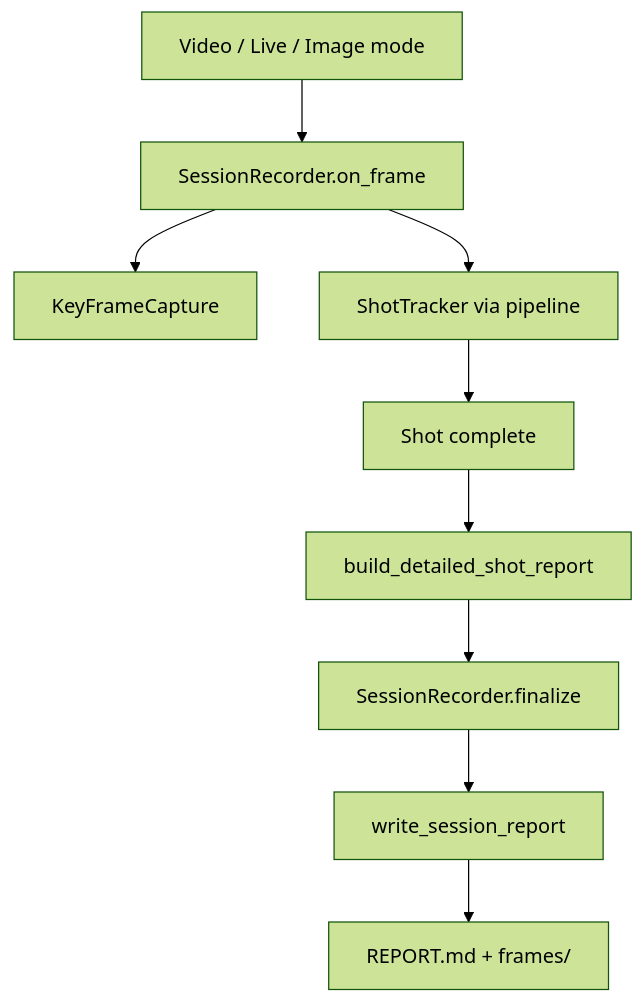
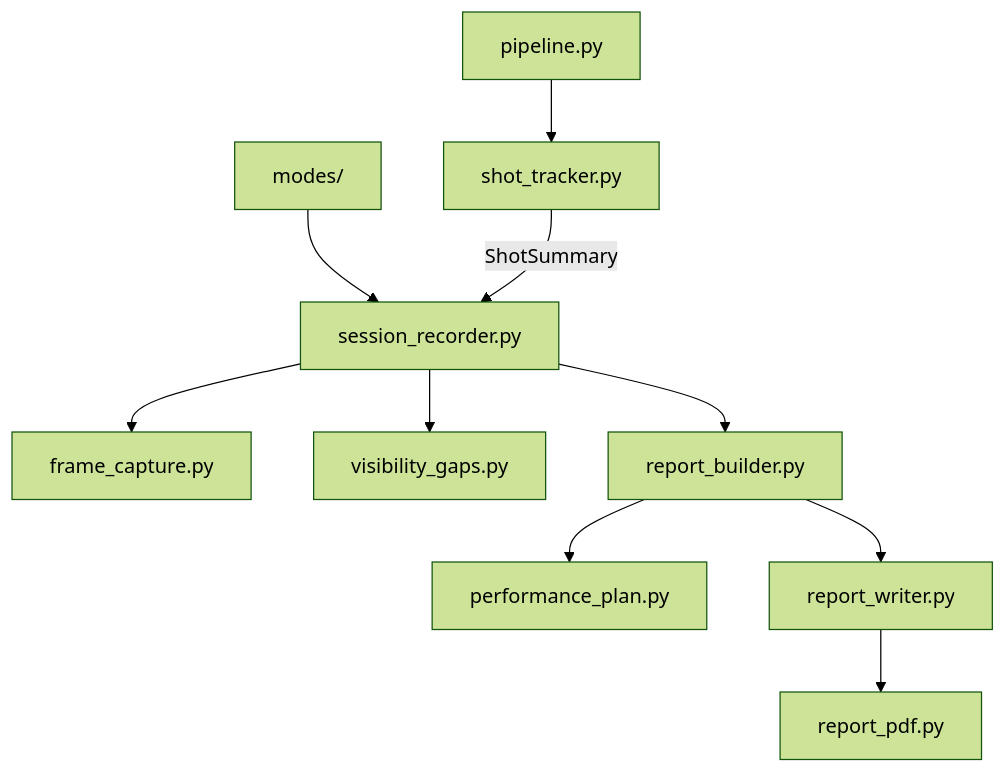
The diagram in docs/REPORTING.md (kareem-sh/Swishy), drawn with Mermaid (forest theme) before and after one commit. The commit also changed other lines of this file and 48 other files, not shown here.

````diff
--- a/docs/REPORTING.md
+++ b/docs/REPORTING.md
@@ -58,11 +86,12 @@
 ```mermaid
 flowchart TD
-    A[Video / Live / Image mode] --> B[SessionRecorder.on_frame]
-    B --> C[KeyFrameCapture]
-    B --> D[ShotTracker via pipeline]
-    D --> E[Shot complete]
-    E --> F[build_detailed_shot_report]
-    F --> G[SessionRecorder.finalize]
-    G --> H[write_session_report]
-    H --> I[REPORT.md + frames/]
+    Mode[modes/] --> Recorder[session_recorder.py]
+    Recorder --> Capture[frame_capture.py]
+    Recorder --> Gaps[visibility_gaps.py]
+    Pipeline[pipeline.py] --> Tracker[shot_tracker.py]
+    Tracker -->|ShotSummary| Recorder
+    Recorder --> Builder[report_builder.py]
+    Builder --> Plan[performance_plan.py]
+    Builder --> Writer[report_writer.py]
+    Writer --> PDF[report_pdf.py]
 ```
````
